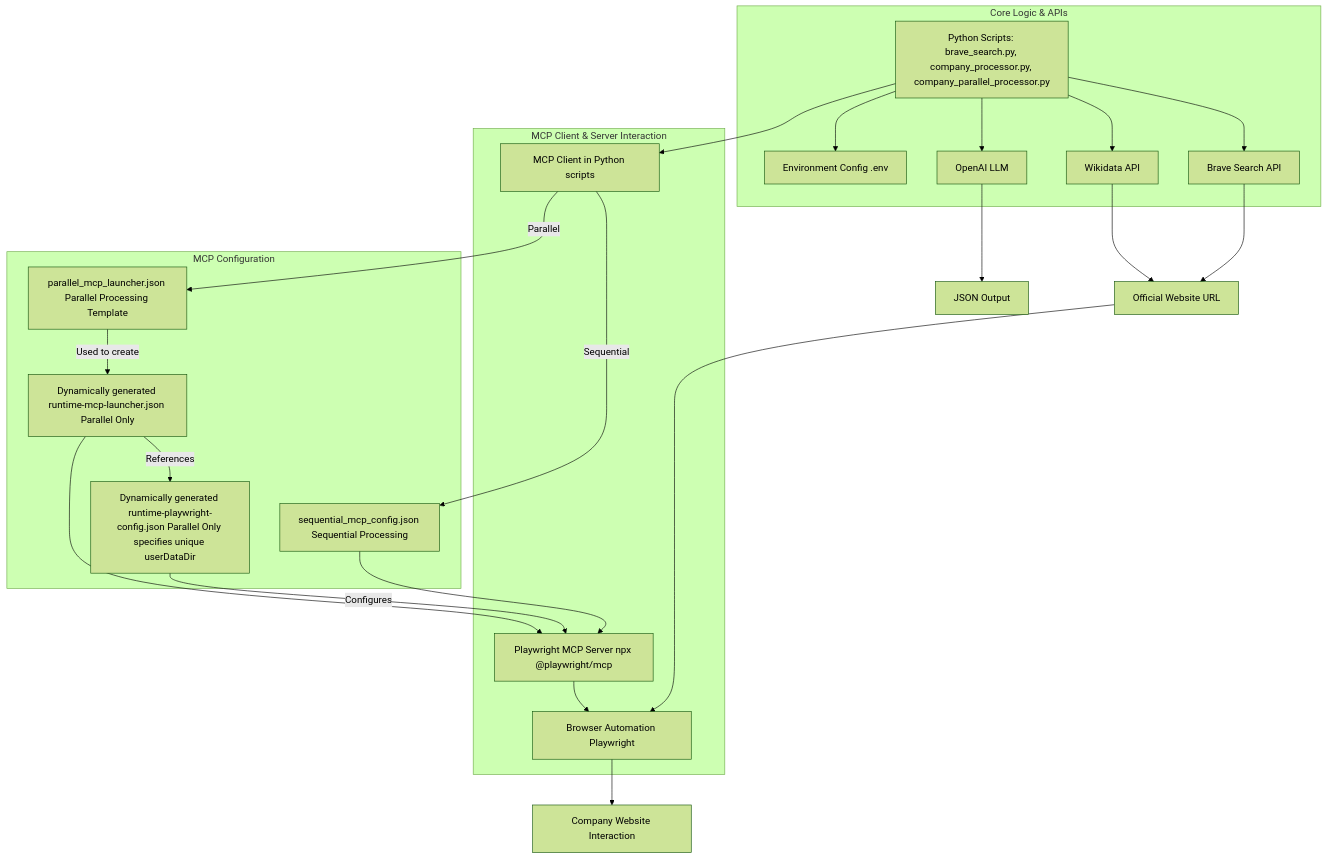
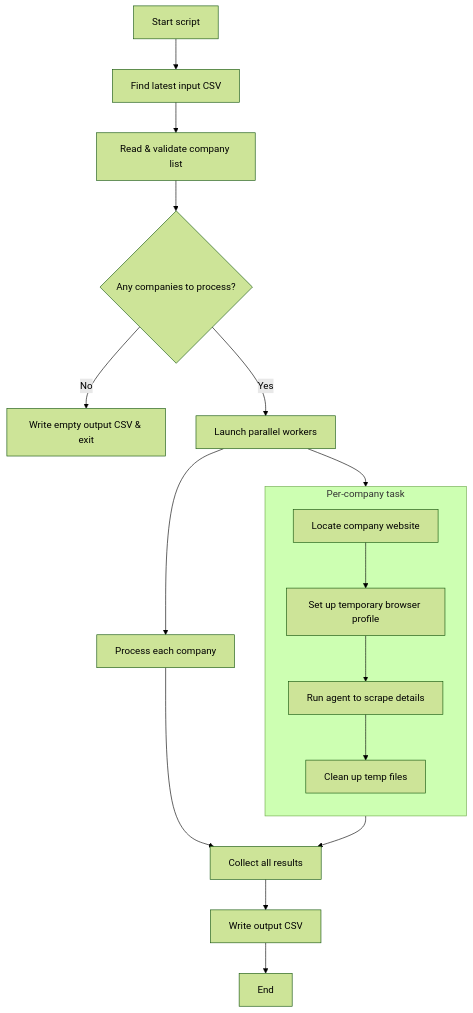
One commit to ClaudioLutz/BraveWebCrawler changed the diagram in DOCUMENTATION.md. Above: the diagram before and after it, drawn with Mermaid (forest theme).

Commit message:
fixed mermaid

````diff
--- a/DOCUMENTATION.md
+++ b/DOCUMENTATION.md
@@ -11,46 +11,25 @@
 ```mermaid
-graph TD
-    subgraph "Core Logic & APIs"
-        A[Python Scripts: brave_search.py, company_processor.py, company_parallel_processor.py]
-        B[Brave Search API]
-        C[Wikidata API]
-        G[OpenAI LLM]
-        H[Environment Config .env]
-    end
+flowchart TD
+  A[Start script] --> B[Find latest input CSV]
+  B --> C[Read & validate company list]
+  C --> D{Any companies to process?}
+  D -- No --> E[Write empty output CSV & exit]
+  D -- Yes --> F[Launch parallel workers]
+  F --> G[Process each company]
+  G --> H[Collect all results]
+  H --> I[Write output CSV]
+  I --> J[End]
 
-    subgraph "MCP Client & Server Interaction"
-        D[MCP Client in Python scripts]
-        E[Playwright MCP Server npx @playwright/mcp]
-        F[Browser Automation Playwright]
-    end
+  subgraph CompanyTask["Per-company task"]
+    direction TB
+    K1[Locate company website] 
+    K2[Set up temporary browser profile]
+    K3[Run agent to scrape details]
+    K4[Clean up temp files]
+    K1 --> K2 --> K3 --> K4
+  end
 
-    subgraph "MCP Configuration"
-        J_seq[sequential_mcp_config.json Sequential Processing]
-        J_par_template[parallel_mcp_launcher.json Parallel Processing Template]
-        J1_runtime_launcher[Dynamically generated runtime-mcp-launcher.json Parallel Only]
-        J2_runtime_playwright_config[Dynamically generated runtime-playwright-config.json Parallel Only specifies unique userDataDir]
-    end
-
-    A --> B
-    A --> C
-    A --> G
-    A --> H
-    A --> D
-
-    D -- Sequential --> J_seq
-    J_seq --> E
-
-    D -- Parallel --> J_par_template
-    J_par_template -- Used to create --> J1_runtime_launcher
-    J1_runtime_launcher -- References --> J2_runtime_playwright_config
-    J1_runtime_launcher --> E
-    J2_runtime_playwright_config -- Configures --> E
-
-    E --> F
-    F --> L[Company Website Interaction]
-    B --> K[Official Website URL]
-    C --> K
-    K --> F
-    G --> M[JSON Output]
+  F --> CompanyTask
+  CompanyTask --> H
 
 ```
````
